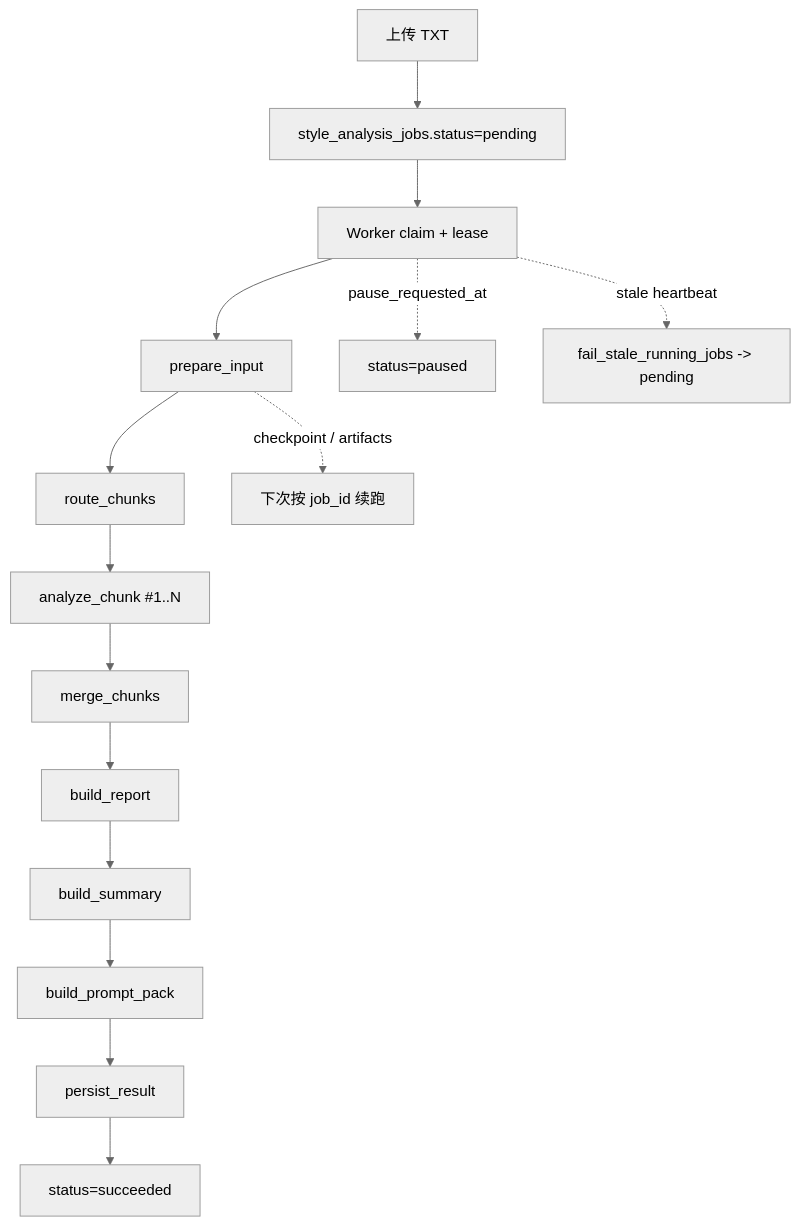
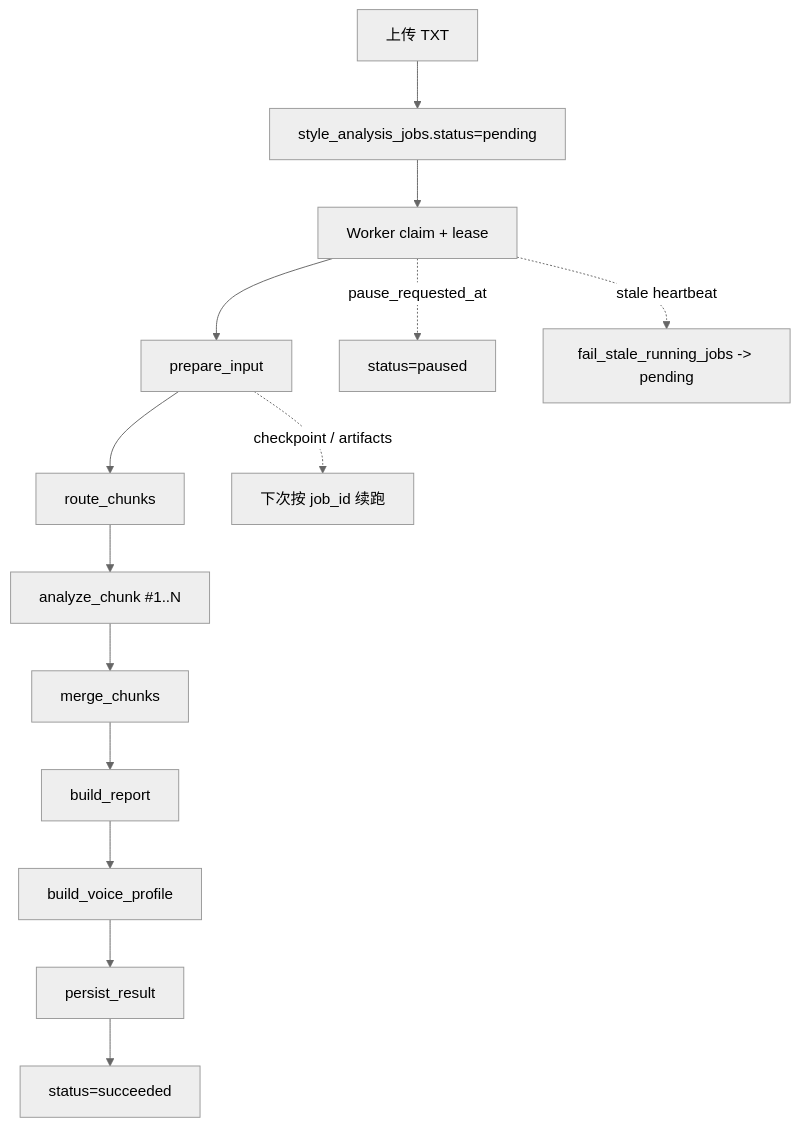
The diagram in wiki/20-domains/27-style-analysis-pipeline.md (nsxzhou/Persona), drawn with Mermaid (neutral theme) before and after one commit. The commit also changed other lines of this file and 113 other files, not shown here.

Commit message:
feat: migrate editor flows to novel workflows

````diff
--- a/wiki/20-domains/27-style-analysis-pipeline.md
+++ b/wiki/20-domains/27-style-analysis-pipeline.md
@@ -114,18 +114,17 @@
 ```mermaid
 flowchart TD
     Upload["上传 TXT"] --> Job["style_analysis_jobs.status=pending"]
     Job --> Claim["Worker claim + lease"]
     Claim --> Prepare["prepare_input"]
     Prepare --> Fanout["route_chunks"]
     Fanout --> Chunk1["analyze_chunk #1..N"]
     Chunk1 --> Merge["merge_chunks"]
     Merge --> Report["build_report"]
-    Report --> Summary["build_summary"]
-    Summary --> Pack["build_prompt_pack"]
-    Pack --> Persist["persist_result"]
+    Report --> Profile["build_voice_profile"]
+    Profile --> Persist["persist_result"]
     Persist --> Success["status=succeeded"]
 
     Claim -. pause_requested_at .-> Pause["status=paused"]
     Claim -. stale heartbeat .-> Requeue["fail_stale_running_jobs -> pending"]
     Prepare -. checkpoint / artifacts .-> Resume["下次按 job_id 续跑"]
 ```
````
